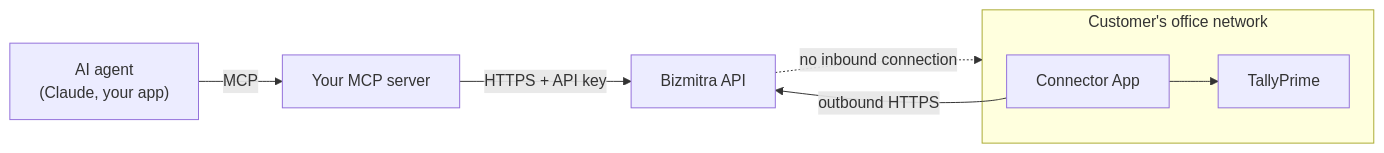
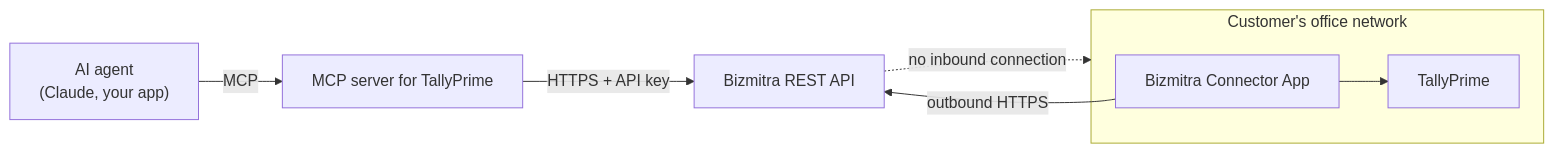
One commit to BizmitraERP/bizmitra-docs changed the diagram in docs/developer/examples/mcp-server.md. Above: the diagram before and after it, drawn with Mermaid. The commit also changed other lines of this file and 4 other files, not shown here.

First line of the commit message:
Lead the MCP guide with the REST API, and answer the direct questions

````diff
--- a/docs/developer/examples/mcp-server.md
+++ b/docs/developer/examples/mcp-server.md
@@ -33,10 +39,10 @@
 ```mermaid
 flowchart LR
-    A["AI agent<br/>(Claude, your app)"] -->|"MCP"| M["Your MCP server"]
-    M -->|"HTTPS + API key"| B["Bizmitra API"]
+    A["AI agent<br/>(Claude, your app)"] -->|"MCP"| M["MCP server for TallyPrime"]
+    M -->|"HTTPS + API key"| B["Bizmitra REST API"]
     B -.->|"no inbound connection"| N
     subgraph N["Customer's office network"]
-      C["Connector App"] --> T["TallyPrime"]
+      C["Bizmitra Connector App"] --> T["TallyPrime"]
     end
     C -->|"outbound HTTPS"| B
 ```
````
